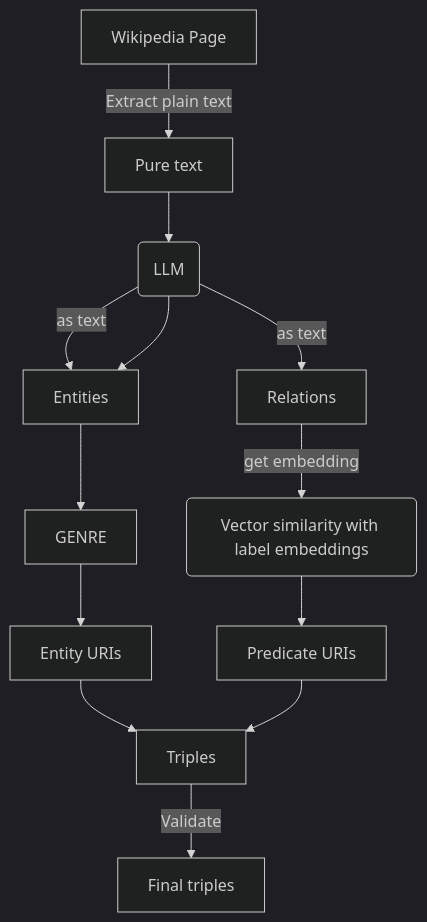
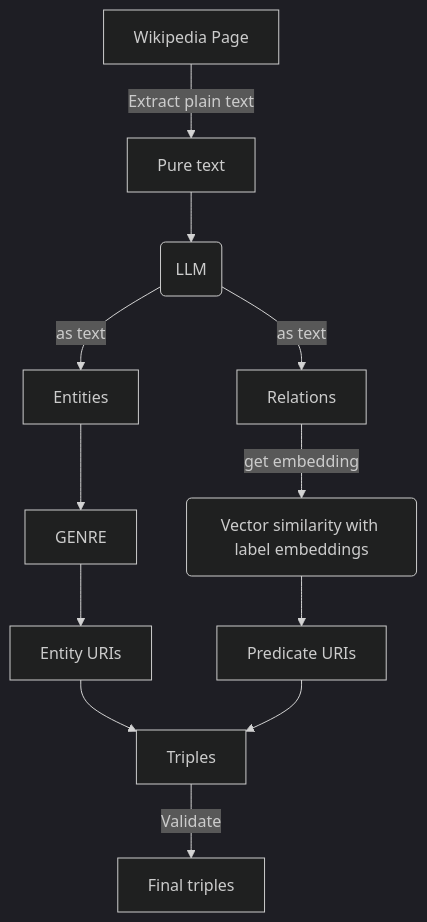
The diagram in index.md (smilingprogrammer/GSoC-2024-blog), drawn with Mermaid (dark theme) before and after one commit.

````diff
--- a/index.md
+++ b/index.md
@@ -30,23 +30,22 @@
 ```mermaid
 graph TD
     wiki_page[Wikipedia Page] --Extract plain text--> pure_text[Pure text]
 
     pure_text-->llm(LLM)
-    llm--as text-->entities[Entities]
     llm--as text-->relations[Relations]
     
     relations--get embedding-->vector_similarity(Vector similarity with label embeddings);
     vector_similarity-->predicate_uris[Predicate URIs]
 
-    llm-->entities
+    llm--as text-->entities[Entities]
 
     entities-->genre[GENRE]
 
     genre-->entity_uris[Entity URIs]
     
     entity_uris-->triples[Triples]
     predicate_uris-->triples[Triples]
     triples--Validate-->final_triples[Final triples]
 
     ;
 ```
````
